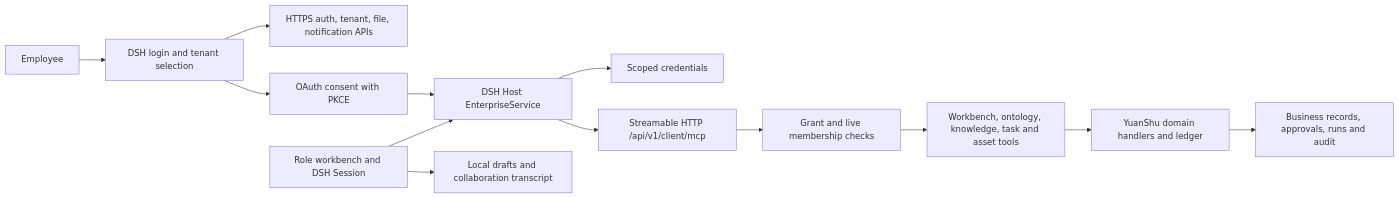
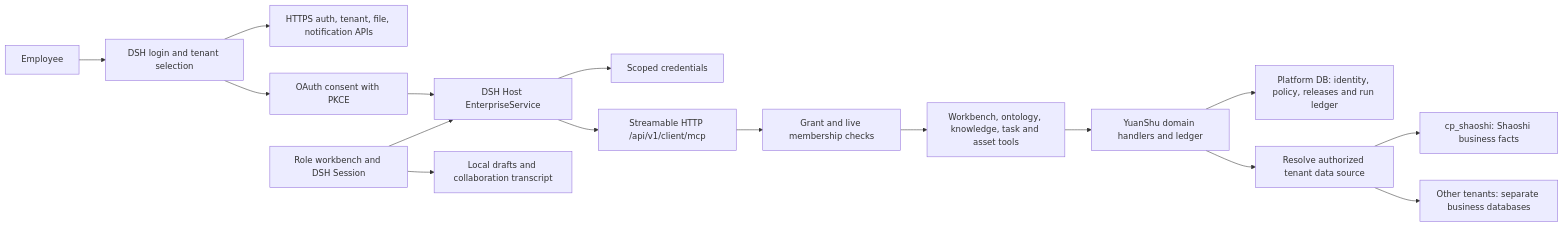
The first of 2 diagrams in docs/scratch/shaoshi-workbench/integration-design.md (huoli4844/deepseek-harness), drawn with Mermaid before and after one commit. The commit also changed other lines of this file and 99 other files, not shown here.

````diff
--- a/docs/scratch/shaoshi-workbench/integration-design.md
+++ b/docs/scratch/shaoshi-workbench/integration-design.md
@@ -42,15 +44,18 @@
 ```mermaid
 flowchart LR
   User[Employee] --> Login[DSH login and tenant selection]
   Login --> HTTP[HTTPS auth, tenant, file, notification APIs]
   Login --> Consent[OAuth consent with PKCE]
   Consent --> Host[DSH Host EnterpriseService]
   Host --> Cred[Scoped credentials]
   Host --> MCP[Streamable HTTP /api/v1/client/mcp]
   MCP --> Auth[Grant and live membership checks]
   Auth --> Catalog[Workbench, ontology, knowledge, task and asset tools]
   Catalog --> YuanShu[YuanShu domain handlers and ledger]
-  YuanShu --> Records[Business records, approvals, runs and audit]
+  YuanShu --> Main[Platform DB: identity, policy, releases and run ledger]
+  YuanShu --> Resolver[Resolve authorized tenant data source]
+  Resolver --> Shaoshi[cp_shaoshi: Shaoshi business facts]
+  Resolver --> Others[Other tenants: separate business databases]
   UI[Role workbench and DSH Session] --> Host
   UI --> Session[Local drafts and collaboration transcript]
 ```
````
